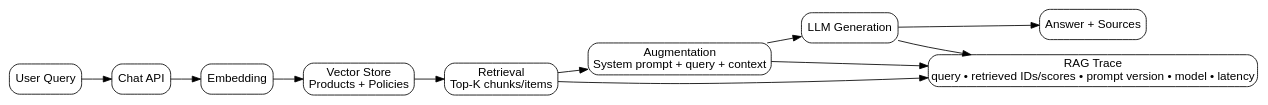
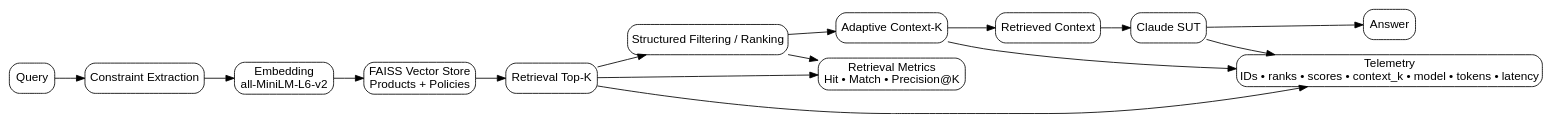
One commit to oleksandrserhieiev-beep/ai-qe-lab changed the diagram in docs/rag.dot. Above: the diagram before and after it, drawn with Graphviz.

Commit message:
Refresh RAG architecture diagram source

```diff
--- a/docs/rag.dot
+++ b/docs/rag.dot
@@ -1,4 +1,25 @@
-digraph G { rankdir=LR; node [shape=box, style="rounded", fontname="Arial"]; edge [fontname="Arial"];
-U [label="User Query"]; API [label="Chat API"]; Emb [label="Embedding"]; V [label="Vector Store\nProducts + Policies"]; Ret [label="Retrieval\nTop-K chunks/items"]; Aug [label="Augmentation\nSystem prompt + query + context"]; LLM [label="LLM Generation"]; Ans [label="Answer + Sources"]; Log [label="RAG Trace\nquery • retrieved IDs/scores • prompt version • model • latency"];
-U->API->Emb->V->Ret->Aug->LLM->Ans; Ret->Log; Aug->Log; LLM->Log;
+digraph G {
+  rankdir=LR;
+  node [shape=box, style="rounded", fontname="Arial"];
+  edge [fontname="Arial"];
+
+  Q [label="Query"];
+  C [label="Constraint Extraction"];
+  E [label="Embedding\nall-MiniLM-L6-v2"];
+  V [label="FAISS Vector Store\nProducts + Policies"];
+  R [label="Retrieval Top-K"];
+  F [label="Structured Filtering / Ranking"];
+  K [label="Adaptive Context-K"];
+  X [label="Retrieved Context"];
+  S [label="Claude SUT"];
+  A [label="Answer"];
+  M [label="Retrieval Metrics\nHit • Match • Precision@K"];
+  T [label="Telemetry\nIDs • ranks • scores • context_k • model • tokens • latency"];
+
+  Q -> C -> E -> V -> R -> F -> K -> X -> S -> A;
+  R -> M;
+  F -> M;
+  R -> T;
+  K -> T;
+  S -> T;
 }
```
